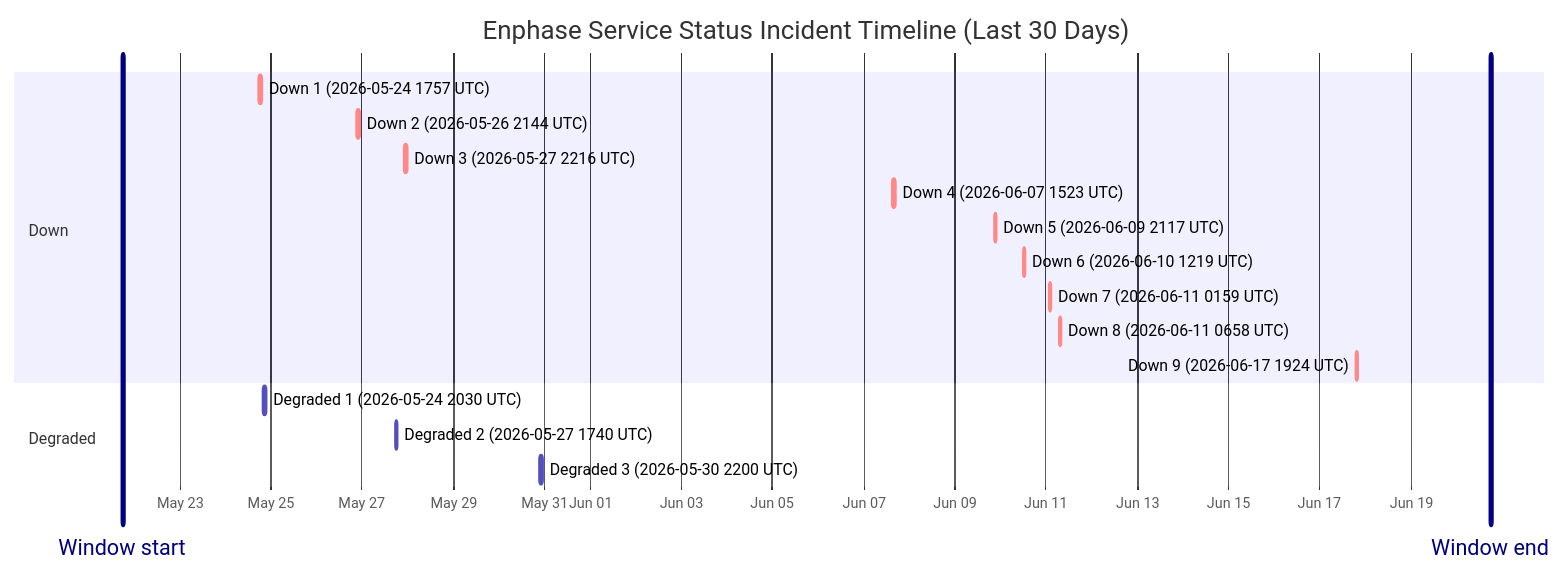
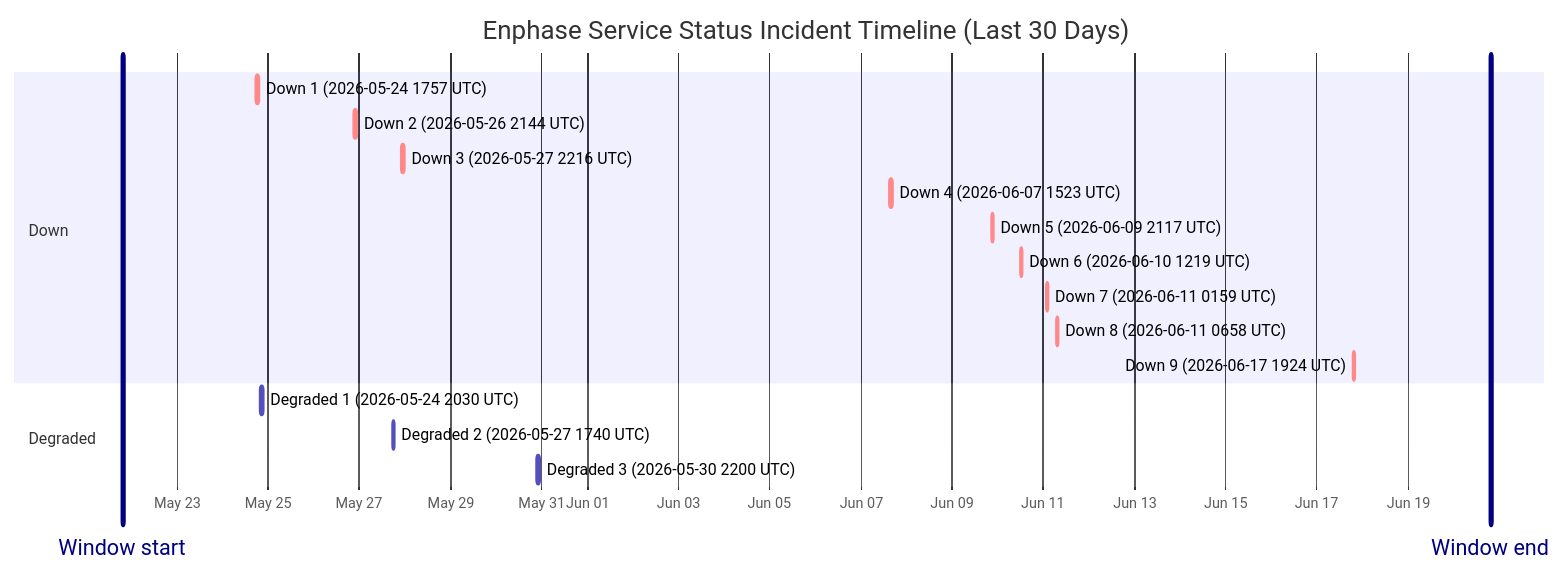
One commit to barneyonline/ha-enphase-energy changed the diagram in wiki/Service-Status-History.md. Above: the diagram before and after it, drawn with Mermaid. The commit also changed other lines of this file and 3 other files, not shown here.

````diff
--- a/wiki/Service-Status-History.md
+++ b/wiki/Service-Status-History.md
@@ -14,22 +14,22 @@
 ```mermaid
 gantt
     title Enphase Service Status Incident Timeline (Last 30 Days)
     dateFormat  YYYY-MM-DDTHH:mm:ss
     axisFormat  %b %d
-    Window start :vert, window-start, 2026-05-21T17:54:00, 0ms
-    Window end :vert, window-end, 2026-06-20T17:54:00, 0ms
+    Window start :vert, window-start, 2026-05-21T19:24:31, 0ms
+    Window end :vert, window-end, 2026-06-20T19:24:31, 0ms
     section Down
     Down 1 (2026-05-24 1757 UTC) :crit, down-1, 2026-05-24T17:57:41, 86m
     Down 2 (2026-05-26 2144 UTC) :crit, down-2, 2026-05-26T21:44:11, 85m
     Down 3 (2026-05-27 2216 UTC) :crit, down-3, 2026-05-27T22:16:53, 87m
     Down 4 (2026-06-07 1523 UTC) :crit, down-4, 2026-06-07T15:23:22, 87m
     Down 5 (2026-06-09 2117 UTC) :crit, down-5, 2026-06-09T21:17:17, 60m
     Down 6 (2026-06-10 1219 UTC) :crit, down-6, 2026-06-10T12:19:21, 60m
     Down 7 (2026-06-11 0159 UTC) :crit, down-7, 2026-06-11T01:59:36, 60m
     Down 8 (2026-06-11 0658 UTC) :crit, down-8, 2026-06-11T06:58:45, 60m
     Down 9 (2026-06-17 1924 UTC) :crit, down-9, 2026-06-17T19:24:51, 60m
     section Degraded
     Degraded 1 (2026-05-24 2030 UTC) :active, degraded-1, 2026-05-24T20:30:57, 84m
     Degraded 2 (2026-05-27 1740 UTC) :active, degraded-2, 2026-05-27T17:40:52, 60m
     Degraded 3 (2026-05-30 2200 UTC) :active, degraded-3, 2026-05-30T22:00:37, 60m
 ```
````
